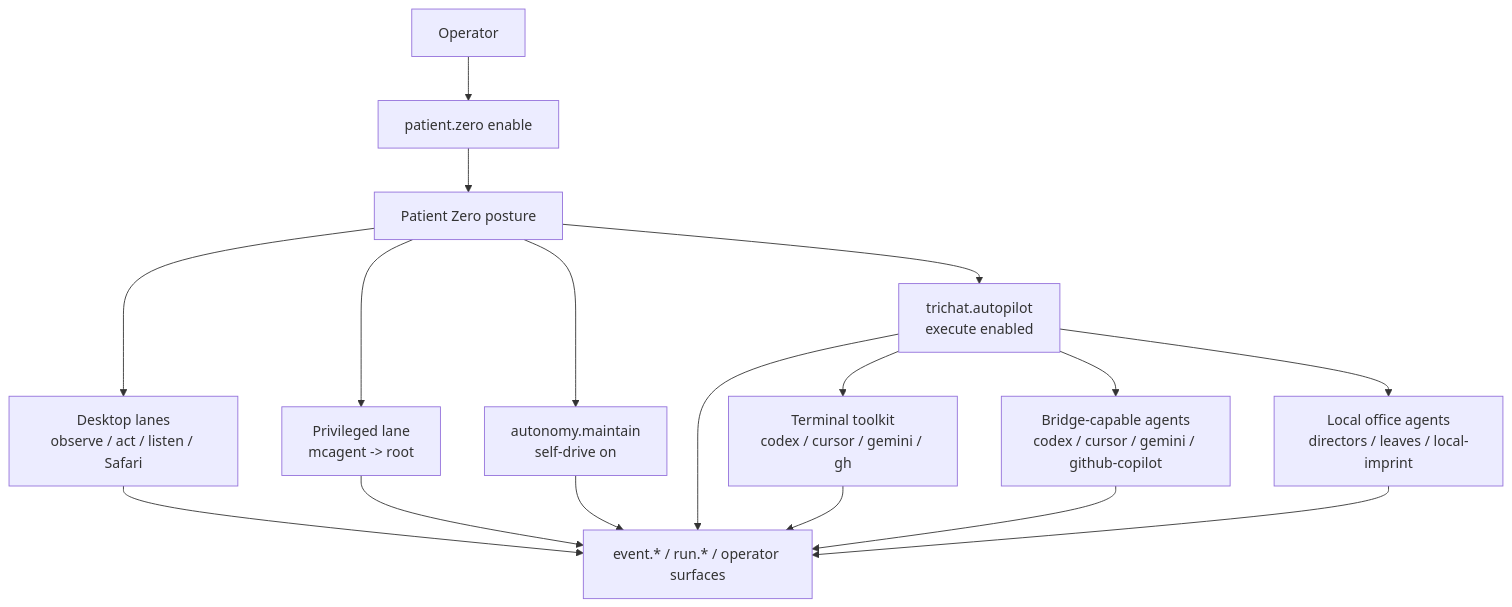
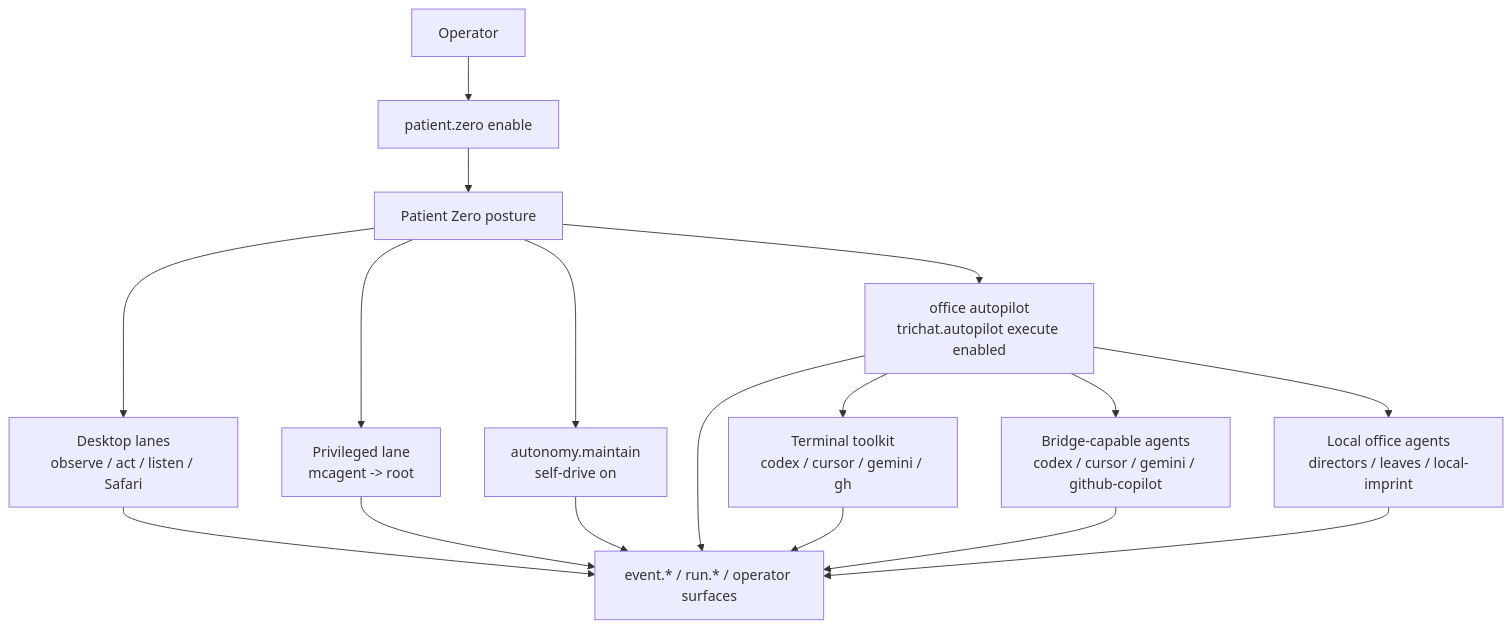
The sixth of 7 diagrams in README.md (driverd12/MASTER-MOLD), drawn with Mermaid before and after one commit. The commit also changed other lines of this file, not shown here.

````diff
--- a/README.md
+++ b/README.md
@@ -254,22 +266,22 @@
 ```mermaid
 flowchart TD
   Operator["Operator"] --> Arm["patient.zero enable"]
   Arm --> PZ["Patient Zero posture"]
 
   PZ --> Desktop["Desktop lanes<br/>observe / act / listen / Safari"]
   PZ --> Root["Privileged lane<br/>mcagent -> root"]
   PZ --> Maintain["autonomy.maintain<br/>self-drive on"]
-  PZ --> Autopilot["trichat.autopilot<br/>execute enabled"]
+  PZ --> Autopilot["office autopilot<br/>trichat.autopilot execute enabled"]
 
   Autopilot --> Toolkit["Terminal toolkit<br/>codex / cursor / gemini / gh"]
   Autopilot --> Bridges["Bridge-capable agents<br/>codex / cursor / gemini / github-copilot"]
   Autopilot --> Locals["Local office agents<br/>directors / leaves / local-imprint"]
 
   Desktop --> Audit["event.* / run.* / operator surfaces"]
   Root --> Audit
   Maintain --> Audit
   Autopilot --> Audit
   Toolkit --> Audit
   Bridges --> Audit
   Locals --> Audit
 ```
````
